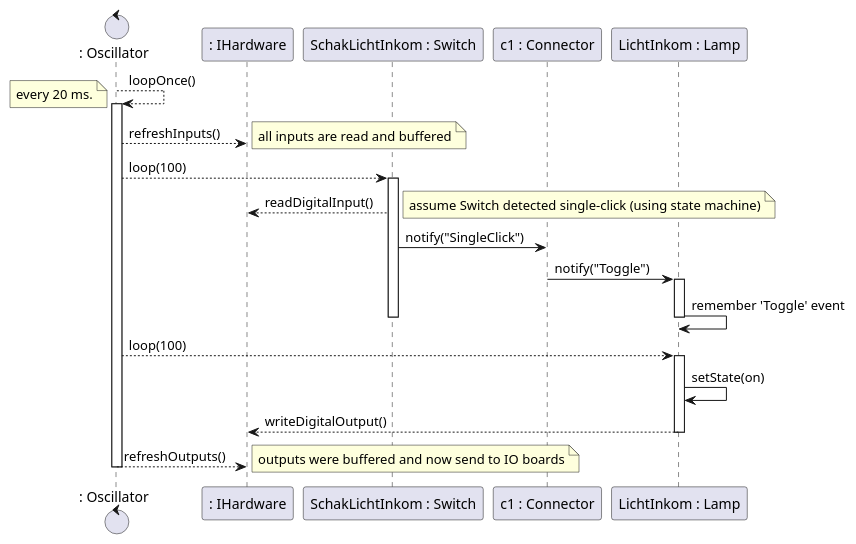
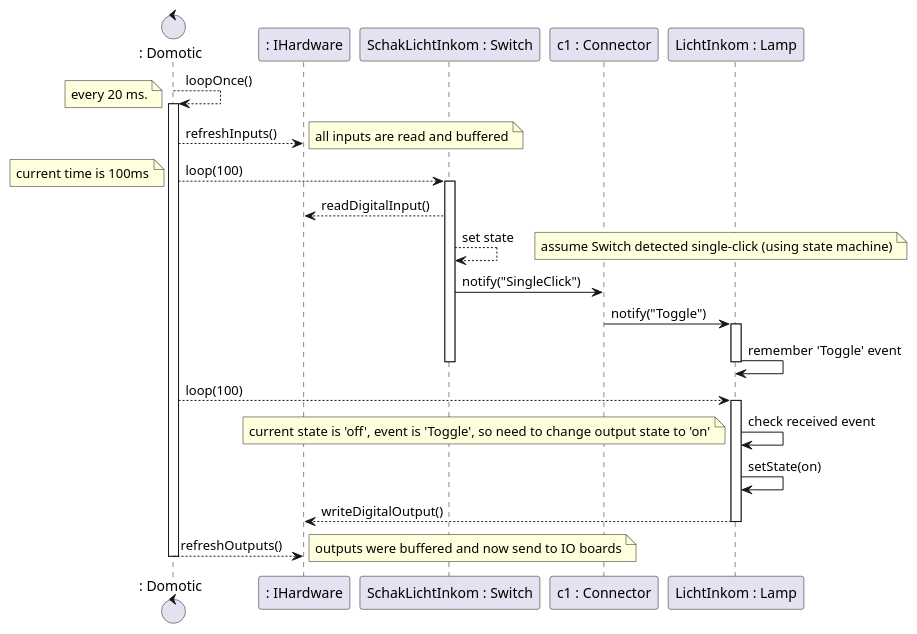
The seventh of 8 diagrams in DESIGN.md (dvaneynde/home-automation), drawn with PlantUML before and after one commit. The commit also changed other lines of this file and 1 other file, not shown here.

````diff
--- a/DESIGN.md
+++ b/DESIGN.md
@@ -633,34 +531,38 @@
 ```plantuml
 @startuml
-control ": Oscillator" as o
+control ": Domotic" as o
 participant ": IHardware" as h
 participant "SchakLichtInkom : Switch" as s
 participant "c1 : Connector" as c
 participant "LichtInkom : Lamp" as l
 o --> o : loopOnce()
 note left: every 20 ms.
 activate o
 o --> h : refreshInputs()
 note right: all inputs are read and buffered
 o --> s : loop(100)
+note left: current time is 100ms
 activate s
 h <-- s : readDigitalInput()
+s --> s : set state
 note right : assume Switch detected single-click (using state machine)
 s -> c : notify("SingleClick")
 c -> l : notify("Toggle")
 activate l
 l -> l : remember 'Toggle' event
 deactivate l
 deactivate s
 
 o --> l : loop(100)
 activate l
+l -> l : check received event
+note left : current state is 'off', event is 'Toggle', so need to change output state to 'on'
 l -> l : setState(on)
 h <-- l : writeDigitalOutput()
 deactivate l
 
 o --> h : refreshOutputs()
 note right: outputs were buffered and now send to IO boards
 deactivate o
 @enduml
 ```
````
